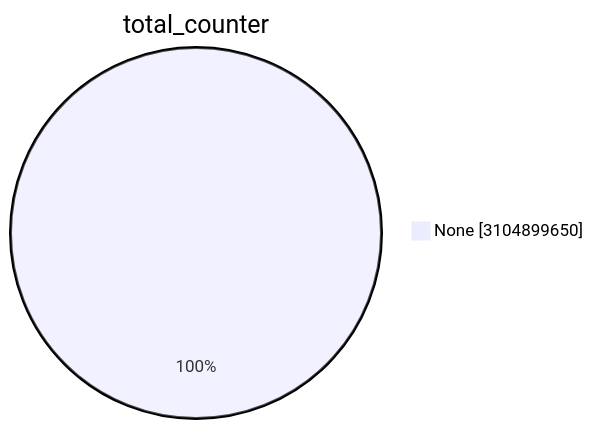
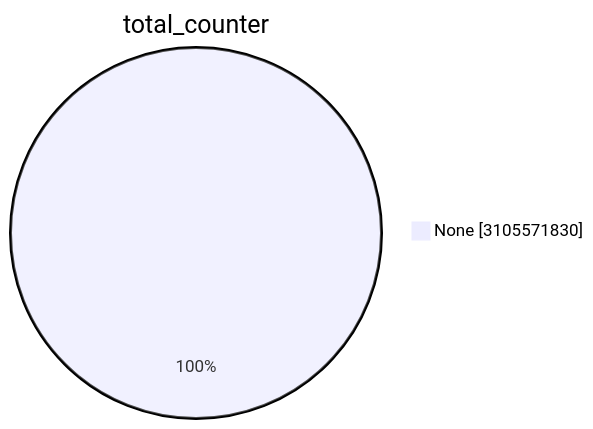
The first of 15 diagrams in TOTAL/README.md (christiankrug/ctmonitor_visualization), drawn with Mermaid before and after one commit. The commit also changed other lines of this file, not shown here.

````diff
--- a/TOTAL/README.md
+++ b/TOTAL/README.md
@@ -1,5 +1,5 @@
 ```mermaid
 pie showData
 title total_counter
-"None" :3104899650
+"None" :3105571830
 ```
````
